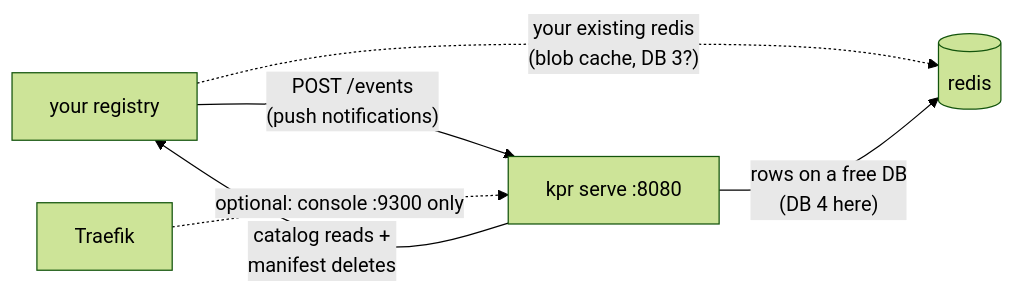
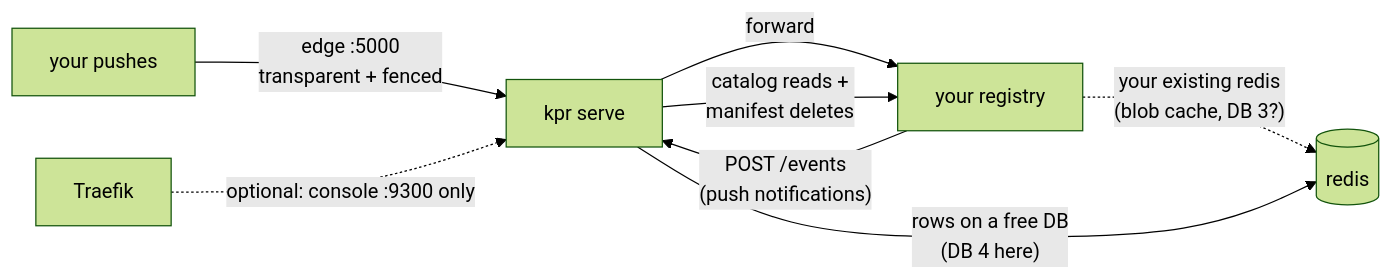
Before and after one commit to noroutine/kpr: the diagram in docs/ADOPT.md, drawn with Mermaid (forest theme). The commit also changed other lines of this file and 41 other files, not shown here.

````diff
--- a/docs/ADOPT.md
+++ b/docs/ADOPT.md
@@ -26,8 +26,10 @@
 ```mermaid
 flowchart LR
-    REG[your registry] -- "POST /events\n(push notifications)" --> KPR[kpr serve :8080]
+    PUSH[your pushes] -- "edge :5000\ntransparent + fenced" --> KPR[kpr serve]
+    KPR -- "forward" --> REG[your registry]
+    REG -- "POST /events\n(push notifications)" --> KPR
     KPR -- "catalog reads +\nmanifest deletes" --> REG
     REG -. "your existing redis\n(blob cache, DB 3?)" .-> REDIS[(redis)]
     KPR -- "rows on a free DB\n(DB 4 here)" --> REDIS
     TRF[Traefik] -. "optional: console :9300 only" .-> KPR
 ```
````
